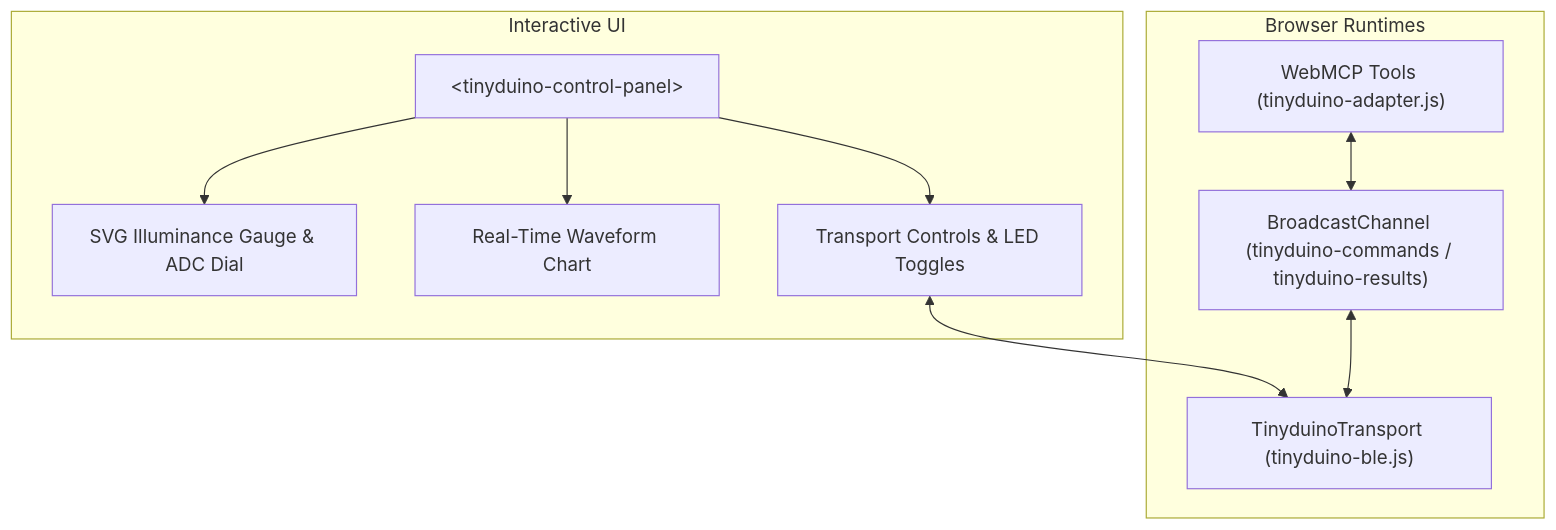
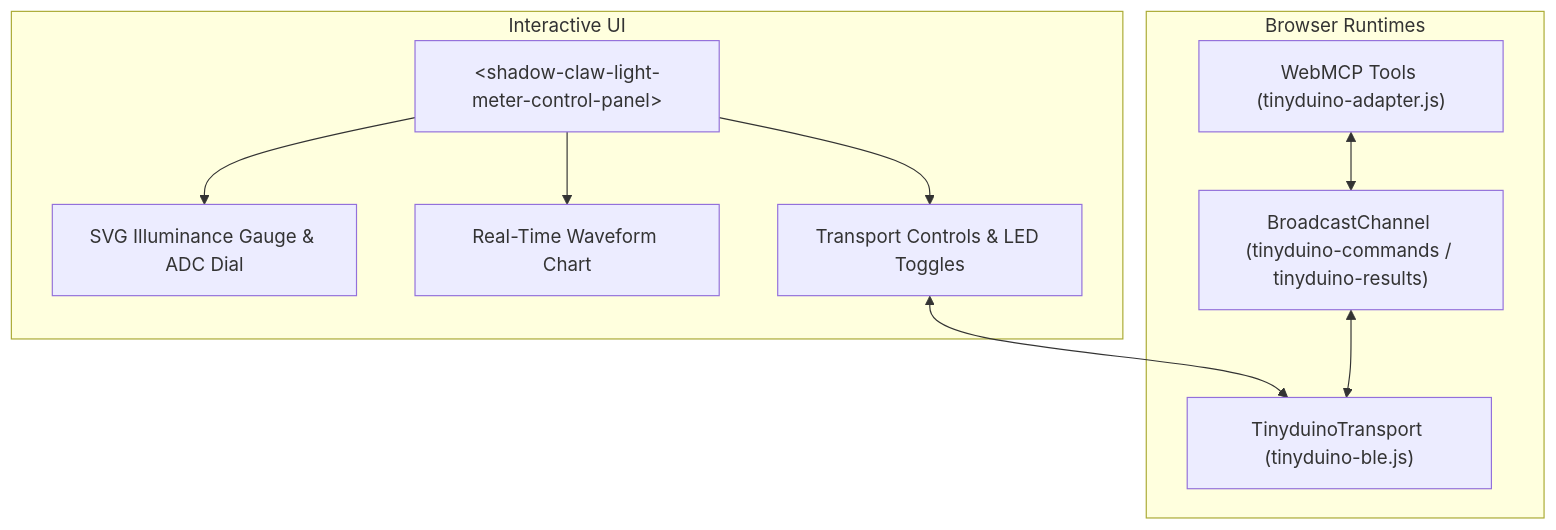
One commit to xt-ml/shadow-claw-light-meter changed the diagram in pages/main/~/content/11-workbench-ui.md. Above: the diagram before and after it, drawn with Mermaid. The commit also changed other lines of this file and 16 other files, not shown here.

Commit message:
Use shadow-claw lib exports

````diff
--- a/pages/main/~/content/11-workbench-ui.md
+++ b/pages/main/~/content/11-workbench-ui.md
@@ -12,21 +12,21 @@
 ```mermaid
 graph TD
   subgraph Interactive UI
-    CP["&lt;tinyduino-control-panel&gt;"]
+    CP["&lt;shadow-claw-light-meter-control-panel&gt;"]
     GAUGE["SVG Illuminance Gauge & ADC Dial"]
     WAVE["Real-Time Waveform Chart"]
     CTRL["Transport Controls & LED Toggles"]
   end
 
   subgraph Browser Runtimes
     BLE["TinyduinoTransport (tinyduino-ble.js)"]
     MCP["WebMCP Tools (tinyduino-adapter.js)"]
     BC["BroadcastChannel (tinyduino-commands / tinyduino-results)"]
   end
 
   CP --> GAUGE
   CP --> WAVE
   CP --> CTRL
   CTRL <--> BLE
   MCP <--> BC <--> BLE
 ```
````
